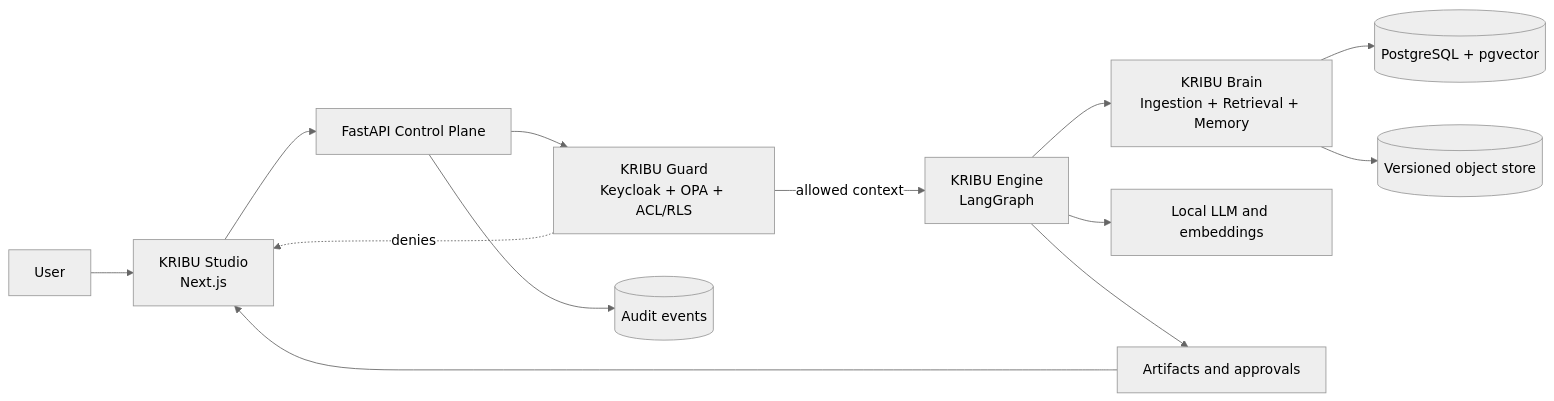
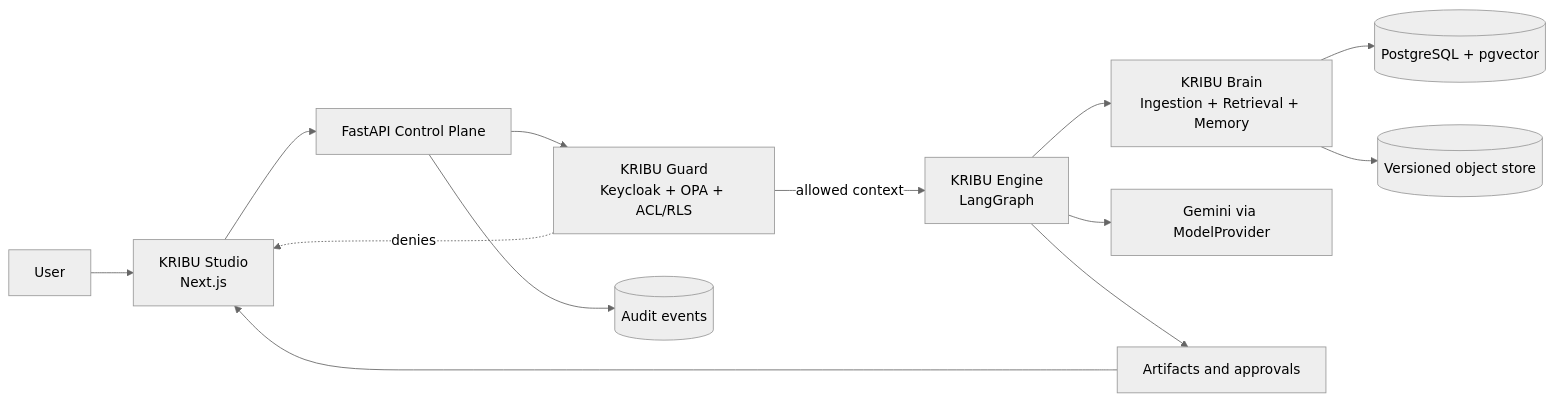
One commit to Kashshaf-Labib-Ontik/Kribu-Demo changed the first of 3 diagrams in Architecture.md. Above: the diagram before and after it, drawn with Mermaid (neutral theme). The commit also changed other lines of this file and 15 other files, not shown here.

Commit message:
Integrate Gemini demo provider

````diff
--- a/Architecture.md
+++ b/Architecture.md
@@ -21,15 +21,15 @@
 ```mermaid
 flowchart LR
     U[User] --> S[KRIBU Studio\nNext.js]
     S --> API[FastAPI Control Plane]
     API --> G[KRIBU Guard\nKeycloak + OPA + ACL/RLS]
     G -->|allowed context| E[KRIBU Engine\nLangGraph]
     E --> B[KRIBU Brain\nIngestion + Retrieval + Memory]
     B --> DB[(PostgreSQL + pgvector)]
     B --> OBJ[(Versioned object store)]
-    E --> L[Local LLM and embeddings]
+    E --> L[Gemini via ModelProvider]
     E --> A[Artifacts and approvals]
     A --> S
     API --> AUD[(Audit events)]
     G -. denies .-> S
 ```
````
